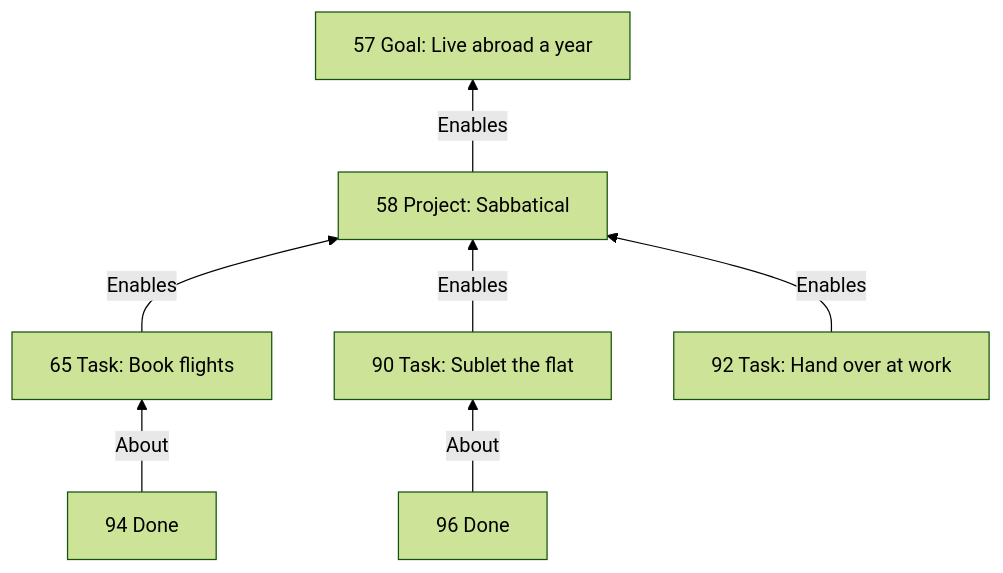
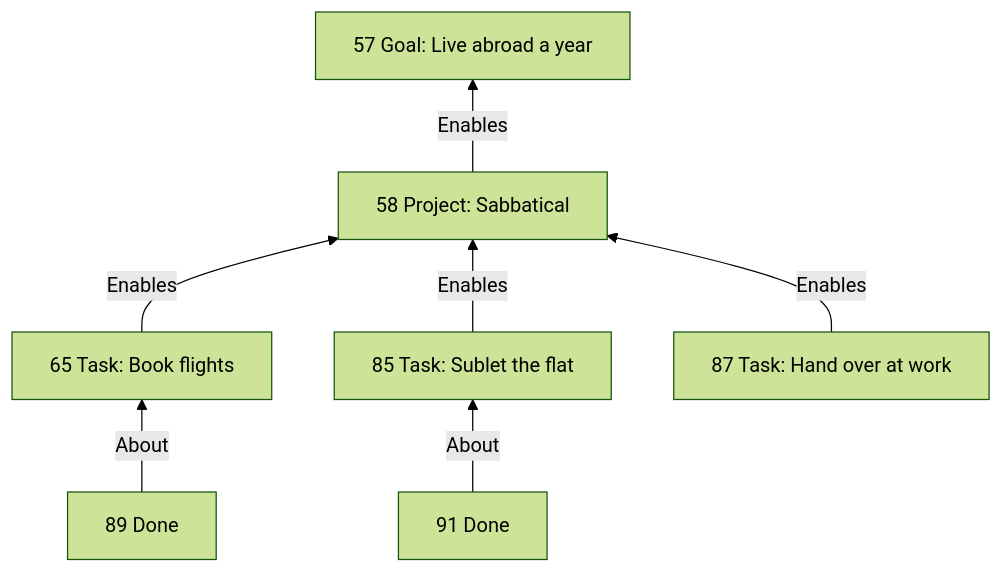
Diagram 12 of 13 in docs/PLANNING-EXPLAINER.md (RezaOnGithub/lifecore), drawn with Mermaid (forest theme) before and after one commit. The commit also changed other lines of this file and 3 other files, not shown here.

````diff
--- a/docs/PLANNING-EXPLAINER.md
+++ b/docs/PLANNING-EXPLAINER.md
@@ -1260,9 +1261,9 @@
 ```mermaid
 flowchart BT
     T1["65 Task: Book flights"] -- Enables --> P["58 Project: Sabbatical"]
-    T2["90 Task: Sublet the flat"] -- Enables --> P
-    T3["92 Task: Hand over at work"] -- Enables --> P
+    T2["85 Task: Sublet the flat"] -- Enables --> P
+    T3["87 Task: Hand over at work"] -- Enables --> P
     P -- Enables --> G["57 Goal: Live abroad a year"]
-    D1["94 Done"] -- About --> T1
-    D2["96 Done"] -- About --> T2
+    D1["89 Done"] -- About --> T1
+    D2["91 Done"] -- About --> T2
 ```
````
